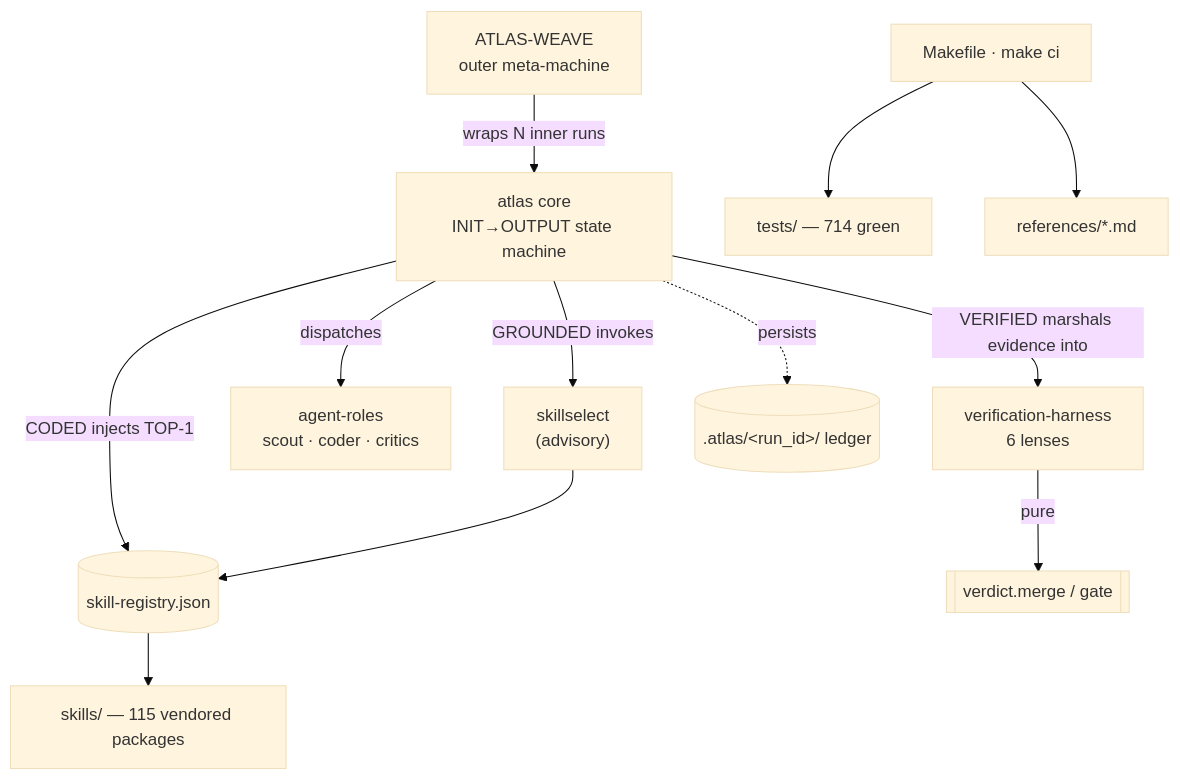
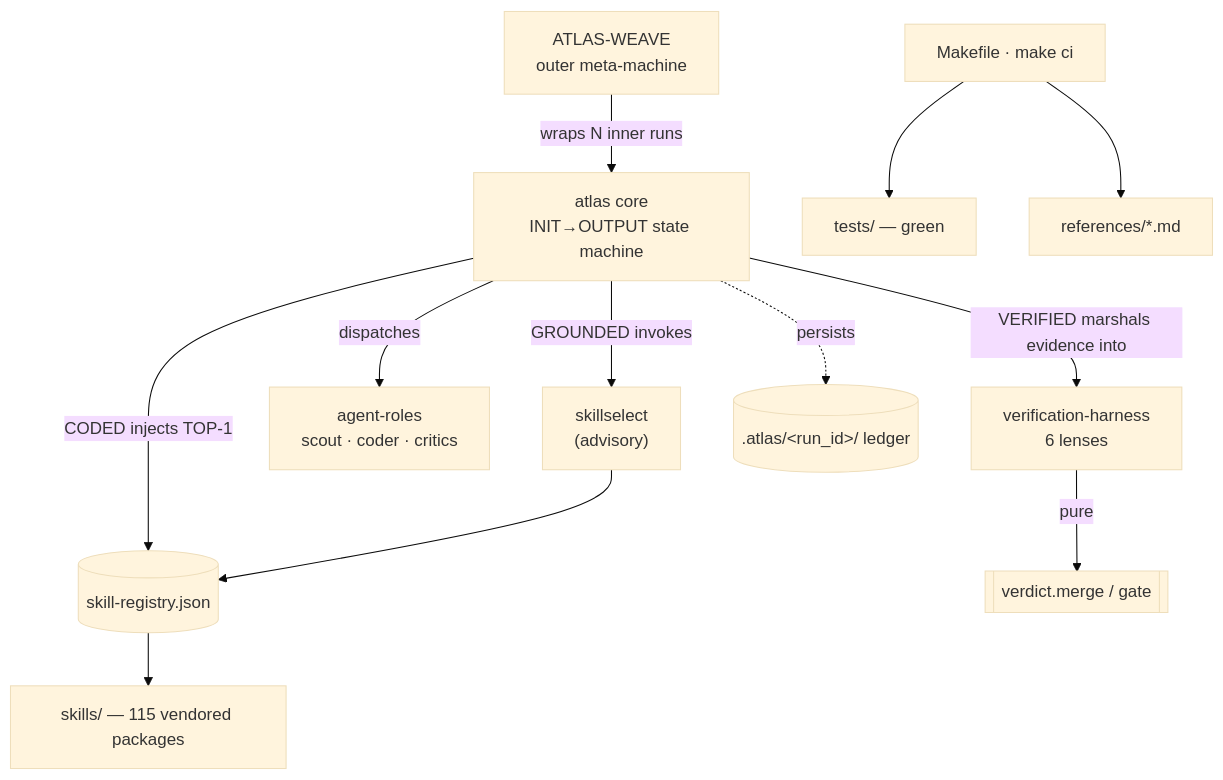
One commit to null0xxx/kimi-atlas changed the diagram in references/system-map.md. Above: the diagram before and after it, drawn with Mermaid (base theme). The commit also changed other lines of this file and 4 other files, not shown here.

````diff
--- a/references/system-map.md
+++ b/references/system-map.md
@@ -25,14 +25,14 @@
 ```mermaid
 flowchart TB
   WEAVE["ATLAS-WEAVE<br/>outer meta-machine"] -->|wraps N inner runs| ATLAS
   ATLAS["atlas core<br/>INIT→OUTPUT state machine"] -->|GROUNDED invokes| SEL["skillselect<br/>(advisory)"]
   ATLAS -->|CODED injects TOP-1| REG[("skill-registry.json")]
   ATLAS -->|dispatches| ROLES["agent-roles<br/>scout · coder · critics"]
   ATLAS -->|VERIFIED marshals evidence into| HARNESS["verification-harness<br/>6 lenses"]
   HARNESS -->|pure| VERDICT[["verdict.merge / gate"]]
   SEL --> REG
   REG --> SKILLS["skills/ — 115 vendored packages"]
-  MK["Makefile · make ci"] --> TESTS["tests/ — 714 green"]
+  MK["Makefile · make ci"] --> TESTS["tests/ — green"]
   MK --> DOCS["references/*.md"]
   ATLAS -. persists .-> LEDGER[(".atlas/&lt;run_id&gt;/ ledger")]
 ```
````
